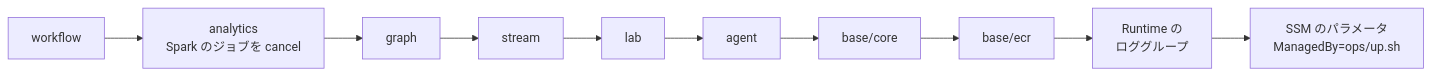
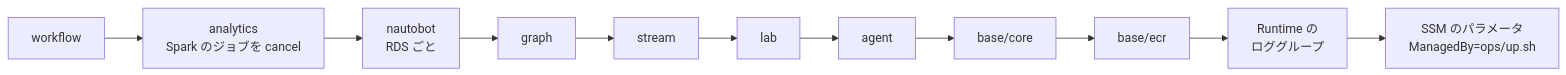
The diagram in docs/deploy.md (eddie-eights/cf-netops-sandbox), drawn with Mermaid before and after one commit. The commit also changed other lines of this file and 33 other files, not shown here.

````diff
--- a/docs/deploy.md
+++ b/docs/deploy.md
@@ -75,4 +77,4 @@
 ```mermaid
 flowchart LR
-  A["workflow"] --> B["analytics<br/>Spark のジョブを cancel"] --> C["graph"] --> D["stream"] --> E["lab"] --> F["agent"] --> G["base/core"] --> H["base/ecr"] --> I["Runtime の<br/>ロググループ"] --> J["SSM のパラメータ<br/>ManagedBy=ops/up.sh"]
+  A["workflow"] --> B["analytics<br/>Spark のジョブを cancel"] --> N["nautobot<br/>RDS ごと"] --> C["graph"] --> D["stream"] --> E["lab"] --> F["agent"] --> G["base/core"] --> H["base/ecr"] --> I["Runtime の<br/>ロググループ"] --> J["SSM のパラメータ<br/>ManagedBy=ops/up.sh"]
 ```
````
